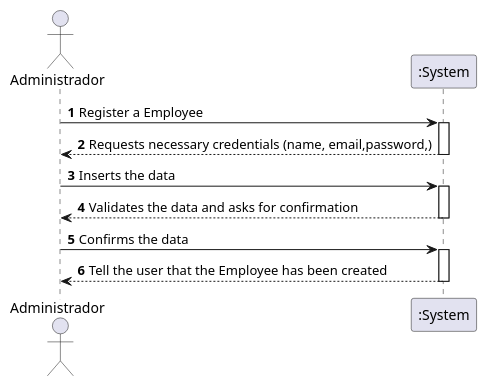
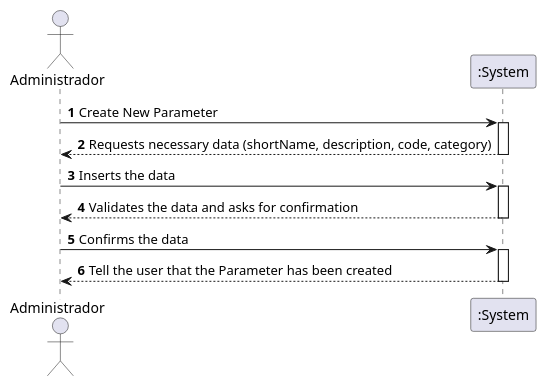
Before and after one commit to GuilhermeCunha79/lapr2: the diagram in docs/SprintB/US10/UC10_SSD.puml, drawn with PlantUML. The commit also changed 3 other files, not shown here.

Commit message:
US10 Engineering Requirements - "Completed" US11 Engineering Requirements - "Completed" UC Diagram Update

```diff
--- a/docs/SprintB/US10/UC10_SSD.puml
+++ b/docs/SprintB/US10/UC10_SSD.puml
@@ -1,24 +1,24 @@
 @startuml
 autonumber
 'hide footbox
 actor "Administrador" as ADMIN
 
 participant ":System" as SYSTEM
 
-ADMIN -> SYSTEM : Register a Employee
+ADMIN -> SYSTEM : Create New Parameter
 activate SYSTEM
-SYSTEM --> ADMIN : Requests necessary credentials (name, email,password,)
+SYSTEM --> ADMIN : Requests necessary data (shortName, description, code, category)
 deactivate SYSTEM
 
 ADMIN -> SYSTEM : Inserts the data
 activate SYSTEM
 SYSTEM --> ADMIN : Validates the data and asks for confirmation
 deactivate SYSTEM
 
 ADMIN -> SYSTEM : Confirms the data
 activate SYSTEM
-SYSTEM --> ADMIN : Tell the user that the Employee has been created
+SYSTEM --> ADMIN : Tell the user that the Parameter has been created
 deactivate SYSTEM
 
 
 @enduml
```
